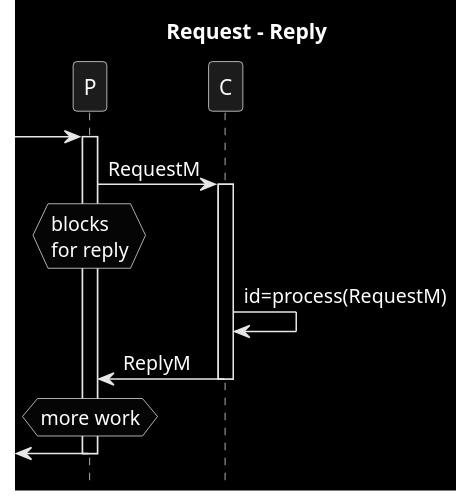
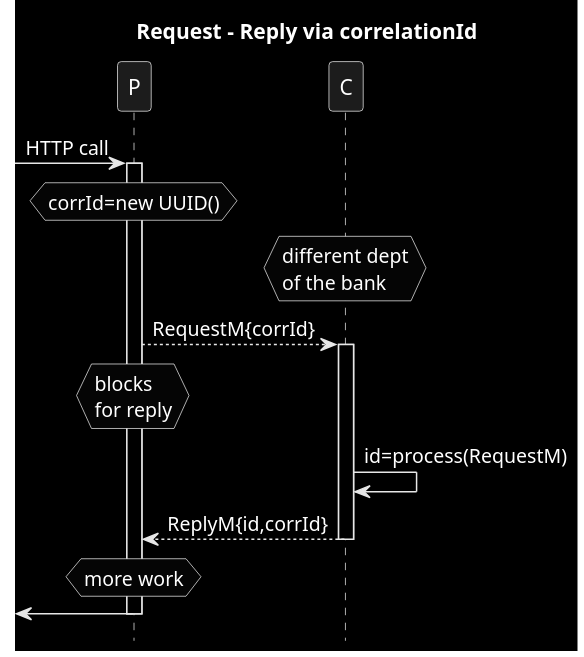
Before and after one commit to victorrentea/kafka: the diagram in patterns/4_request_reply_0_blocking.puml, drawn with PlantUML.

Commit message:
correlationId

```diff
--- a/patterns/4_request_reply_0_blocking.puml
+++ b/patterns/4_request_reply_0_blocking.puml
@@ -1,16 +1,18 @@
 @startuml
-title Request - Reply
+title Request - Reply via correlationId
 hide footbox
 skinparam monochrome reverse
-->P
+->P:HTTP call
 activate P
-P->C: RequestM
+hnote over P: corrId=new UUID()
+hnote over C: different dept\nof the bank
+P-->C: RequestM{corrId}
 hnote over P: blocks\nfor reply
 activate C
 C->C: id=process(RequestM)
-C->P: ReplyM
+C-->P: ReplyM{id,corrId}
 deactivate C
 hnote over P: more work
 <-P
 deactivate P
 @enduml
```
